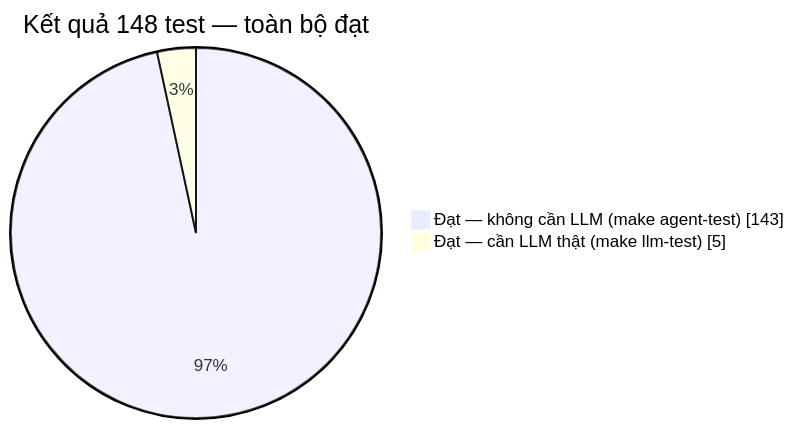
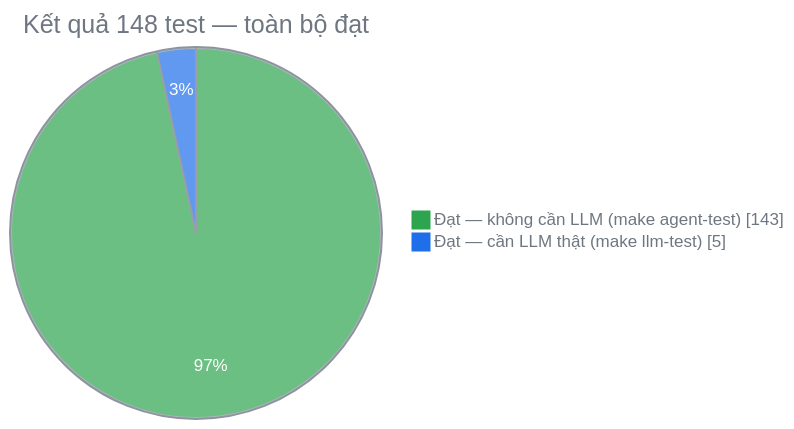
One commit to longngx04/2026-07-29_NguyenDinhBaoLong_Week4 changed the second of 3 diagrams in reports/week-04/report.md. Above: the diagram before and after it, drawn with Mermaid. The commit also changed other lines of this file, not shown here.

First line of the commit message:
docs(week4): pin mermaid pie palette so charts render in both GitHub themes

````diff
--- a/reports/week-04/report.md
+++ b/reports/week-04/report.md
@@ -195,5 +195,10 @@
 ```mermaid
+%%{init: {"theme":"base","themeVariables":{
+  "pie1":"#2da44e","pie2":"#1f6feb",
+  "pieTitleTextColor":"#6e7781","pieLegendTextColor":"#6e7781",
+  "pieSectionTextColor":"#ffffff","pieStrokeColor":"#8c959f","pieOuterStrokeColor":"#8c959f"
+}}}%%
 pie showData title Kết quả 148 test — toàn bộ đạt
     "Đạt — không cần LLM (make agent-test)" : 143
     "Đạt — cần LLM thật (make llm-test)" : 5
 ```
````
